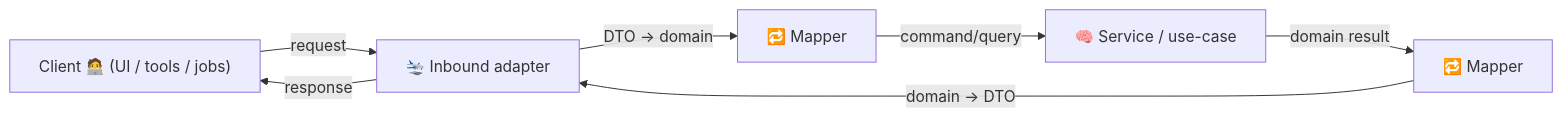
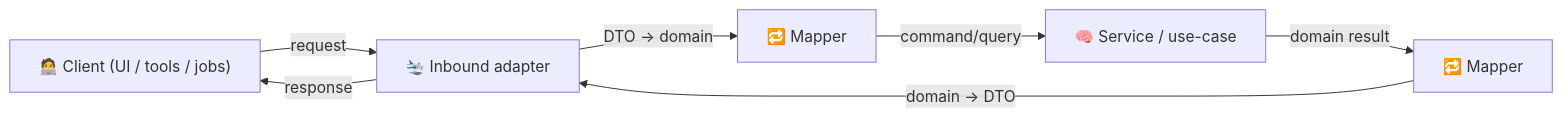
Before and after one commit to bartytime4life/Kansas-Frontier-Matrix: the second of 2 diagrams in api/src/adapters/mappers/README.md, drawn with Mermaid. The commit also changed other lines of this file, not shown here.

````diff
--- a/api/src/adapters/mappers/README.md
+++ b/api/src/adapters/mappers/README.md
@@ -121,9 +171,9 @@
 ```mermaid
 flowchart LR
-  client["Client 🧑‍💻 (UI / tools / jobs)"] -->|request| inbound["🛬 Inbound adapter"]
-  inbound -->|DTO → domain| mapper_in["🔁 Mapper"]
-  mapper_in -->|command/query| svc["🧠 Service / use-case"]
-  svc -->|domain result| mapper_out["🔁 Mapper"]
-  mapper_out -->|domain → DTO| inbound
-  inbound -->|response| client
+  N_CLIENT["🧑‍💻 Client (UI / tools / jobs)"] -->|request| N_IN["🛬 Inbound adapter"]
+  N_IN -->|DTO → domain| N_MAPIN["🔁 Mapper"]
+  N_MAPIN -->|command/query| N_SVC["🧠 Service / use-case"]
+  N_SVC -->|domain result| N_MAPOUT["🔁 Mapper"]
+  N_MAPOUT -->|domain → DTO| N_IN
+  N_IN -->|response| N_CLIENT
 ```
````
